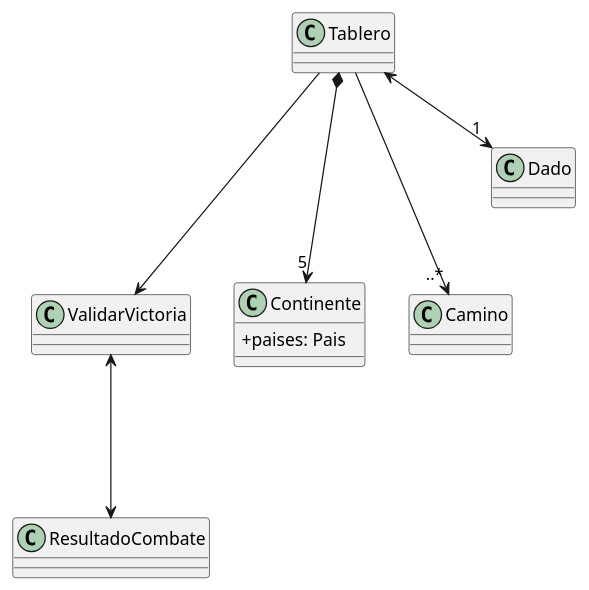
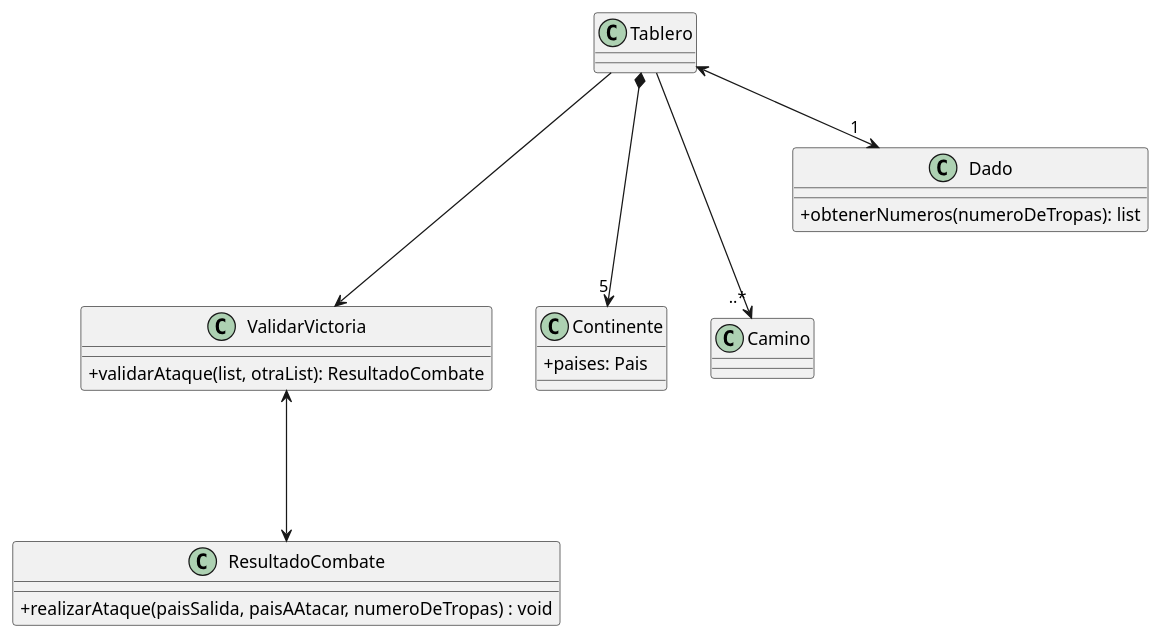
The diagram in diagramas/diagramaClaseTablero.plantuml (tomasshiao/TP2_Algo3), drawn with PlantUML before and after one commit. The commit also changed 4 other files, not shown here.

```diff
--- a/diagramas/diagramaClaseTablero.plantuml
+++ b/diagramas/diagramaClaseTablero.plantuml
@@ -1,28 +1,32 @@
 @startuml
 skinparam classAttributeIconSize 0
 
 
 class Tablero{
 
 }
 
 class ValidarVictoria{
-
+    + validarAtaque(list, otraList): ResultadoCombate
 }
 
 class Continente{
     +paises: Pais
 }
 
 class Camino{}
-class Dado{}
+class Dado{
+    +obtenerNumeros(numeroDeTropas): list
+}
 
-class ResultadoCombate{}
+class ResultadoCombate{
+    +realizarAtaque(paisSalida, paisAAtacar, numeroDeTropas) : void
+}
 
 Tablero ---> "..*"Camino
 Tablero *---> "5" Continente
 Tablero ---> ValidarVictoria
 Tablero <--> "1" Dado
 ValidarVictoria <--->ResultadoCombate
 
 @enduml
```
